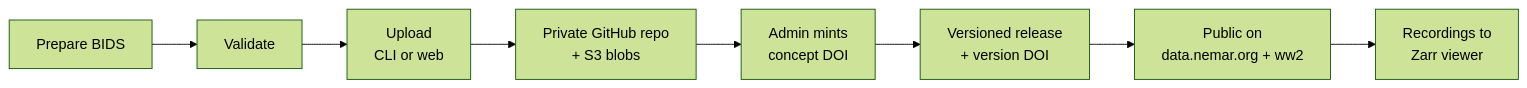
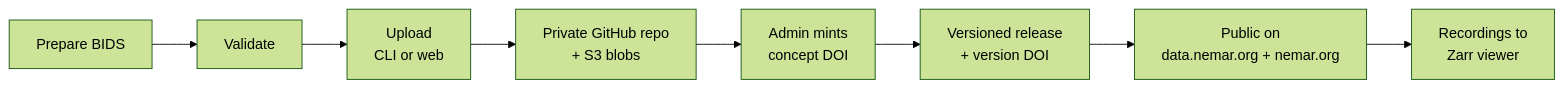
Before and after one commit to nemarOrg/docs: the second of 2 diagrams in src/content/docs/ecosystem/index.md, drawn with Mermaid (forest theme). The commit also changed other lines of this file and 1 other file, not shown here.

````diff
--- a/src/content/docs/ecosystem/index.md
+++ b/src/content/docs/ecosystem/index.md
@@ -50,10 +50,10 @@
 ```mermaid
 flowchart LR
   A[Prepare BIDS] --> B[Validate]
   B --> C[Upload<br/>CLI or web]
   C --> D[Private GitHub repo<br/>+ S3 blobs]
   D --> E[Admin mints<br/>concept DOI]
   E --> F[Versioned release<br/>+ version DOI]
-  F --> G[Public on<br/>data.nemar.org + ww2]
+  F --> G[Public on<br/>data.nemar.org + nemar.org]
   G --> H[Recordings to<br/>Zarr viewer]
 ```
````
